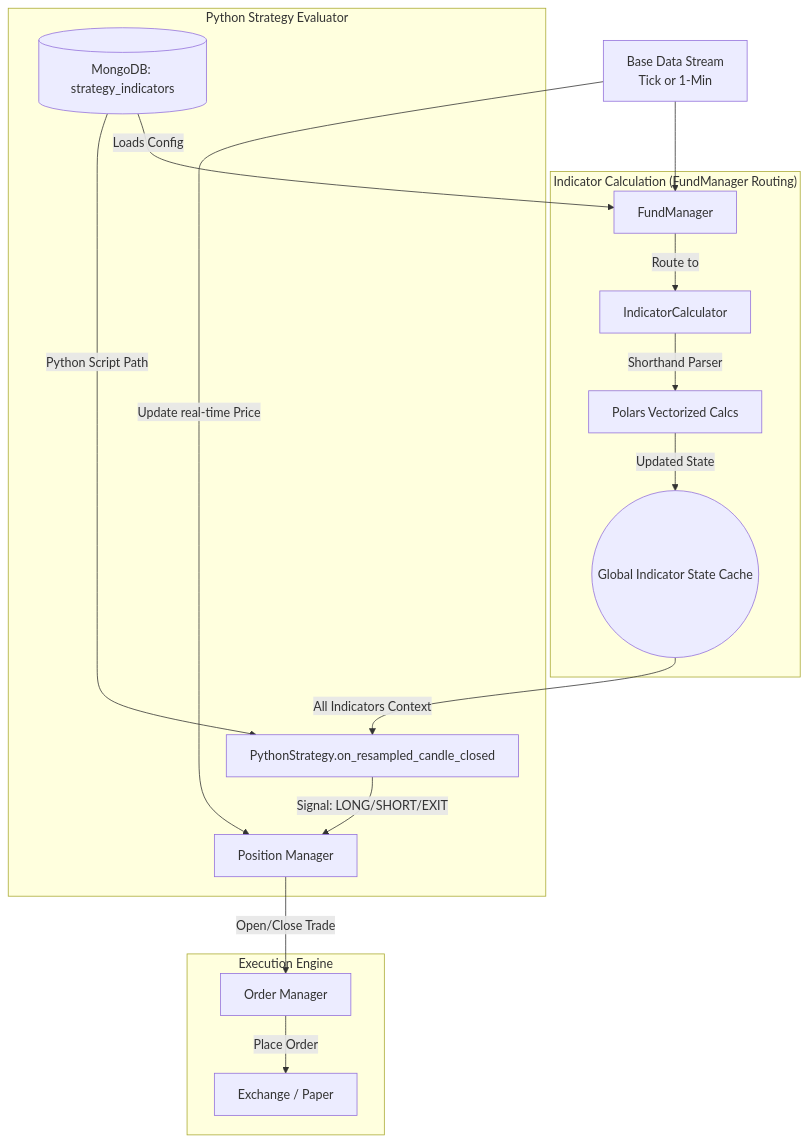
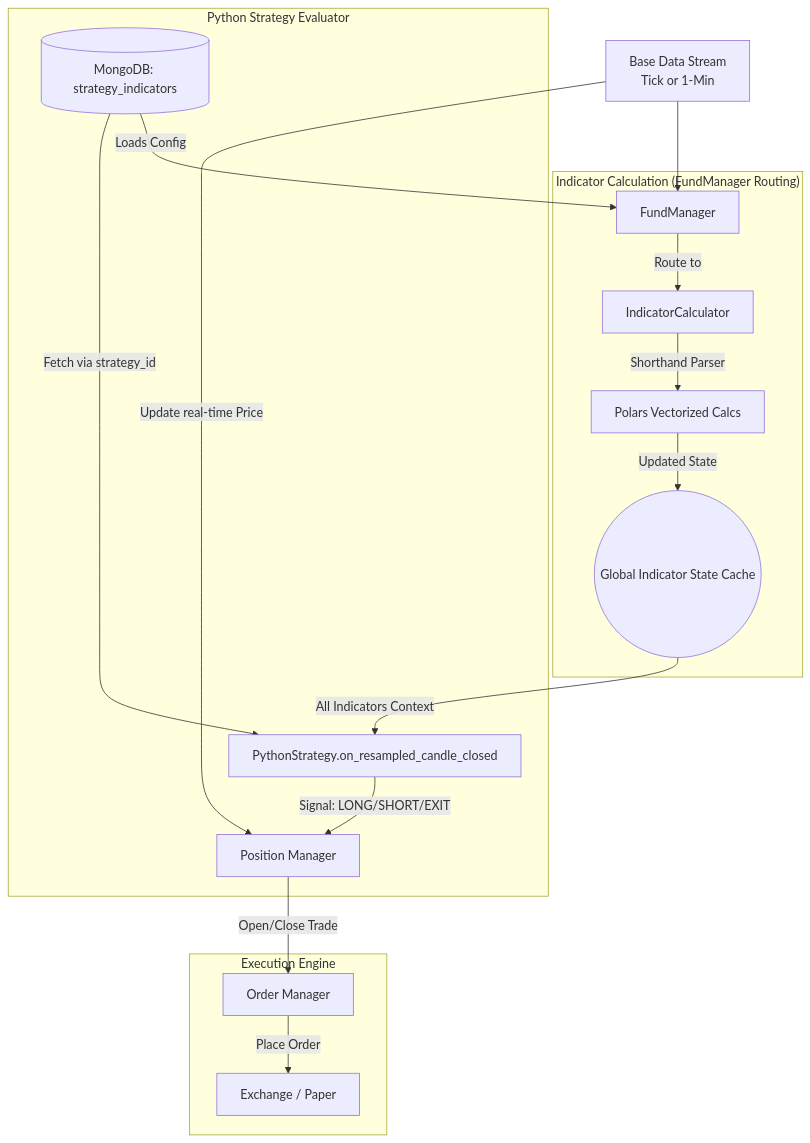
The first of 2 diagrams in docs/trade_engine_workflow.md (mrin9/tradebot), drawn with Mermaid before and after one commit. The commit also changed 41 other files, not shown here.

````diff
--- a/docs/trade_engine_workflow.md
+++ b/docs/trade_engine_workflow.md
@@ -11,24 +11,24 @@
 ```mermaid
 graph TD
     DB[(MongoDB: strategy_indicators)] -->|Loads Config| FundMgr[FundManager]
     
     Stream[Base Data Stream <br> Tick or 1-Min] --> FundMgr
     Stream -->|Update real-time Price| PosMgr[Position Manager]
     
     subgraph "Indicator Calculation (FundManager Routing)"
     FundMgr -->|Route to| IndCalc[IndicatorCalculator]
     IndCalc -->|Shorthand Parser| Polars[Polars Vectorized Calcs]
     Polars -->|Updated State| State((Global Indicator State Cache))
     end
     
     subgraph "Python Strategy Evaluator"
     State -->|All Indicators Context| Strat[PythonStrategy.on_resampled_candle_closed]
-    DB -->|Python Script Path| Strat
+    DB -->|Fetch via strategy_id| Strat
     Strat -->|Signal: LONG/SHORT/EXIT| PosMgr
     end
     
     subgraph Execution Engine
     PosMgr -->|Open/Close Trade| G[Order Manager]
     G -->|Place Order| H[Exchange / Paper]
     end
 ```
````
